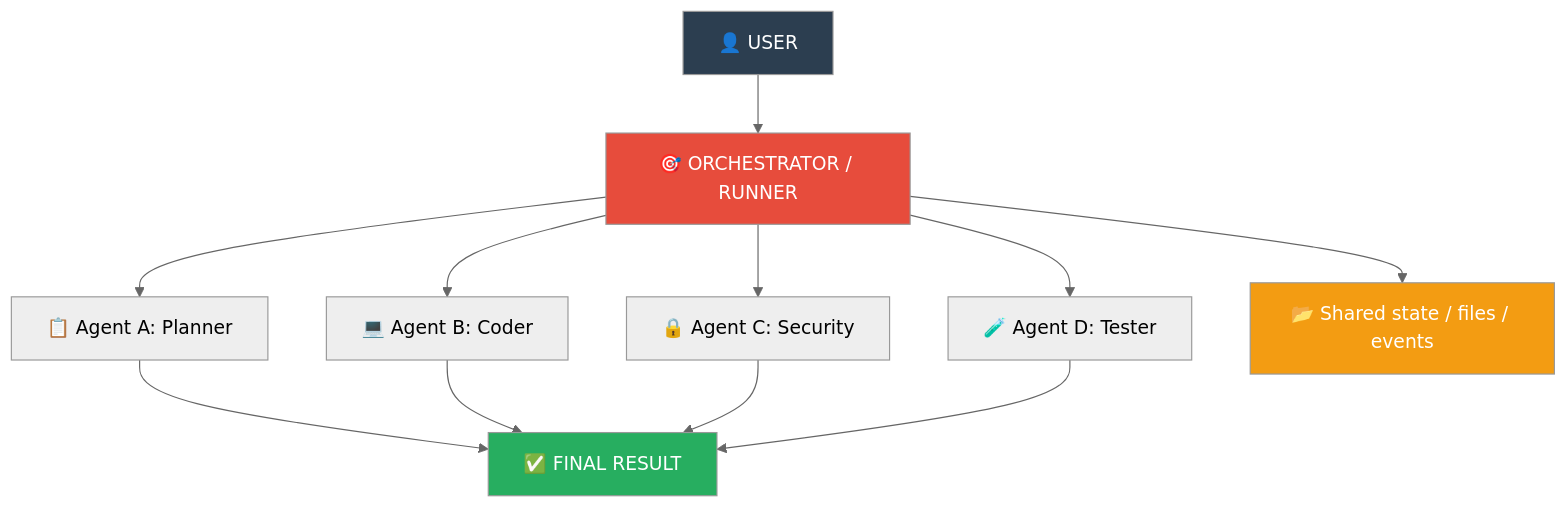
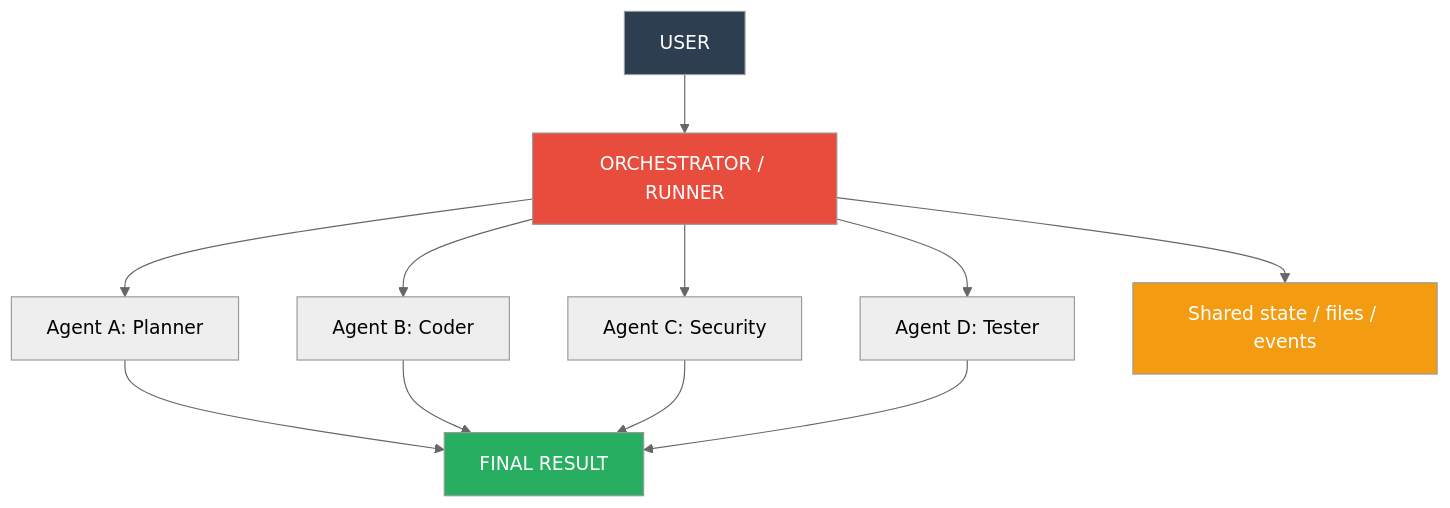
One commit to Sujalkathait/-AI-Agent-Security-Playbook. changed the first of 53 diagrams in AI Agent Communication.md. Above: the diagram before and after it, drawn with Mermaid (neutral theme). The commit also changed other lines of this file and 2 other files, not shown here.

````diff
--- a/AI Agent Communication.md
+++ b/AI Agent Communication.md
@@ -54,18 +54,18 @@
 ```mermaid
 graph TD
-    User["👤 USER"] --> Orchestrator["🎯 ORCHESTRATOR / RUNNER"]
-    Orchestrator --> A["📋 Agent A: Planner"]
-    Orchestrator --> B["💻 Agent B: Coder"]
-    Orchestrator --> C["🔒 Agent C: Security"]
-    Orchestrator --> D["🧪 Agent D: Tester"]
-    Orchestrator --> Shared["📂 Shared state / files / events"]
-    A --> Result["✅ FINAL RESULT"]
-    B --> Result
-    C --> Result
-    D --> Result
+  User[" USER"] --> Orchestrator[" ORCHESTRATOR / RUNNER"]
+  Orchestrator --> A[" Agent A: Planner"]
+  Orchestrator --> B[" Agent B: Coder"]
+  Orchestrator --> C[" Agent C: Security"]
+  Orchestrator --> D[" Agent D: Tester"]
+  Orchestrator --> Shared[" Shared state / files / events"]
+  A --> Result[" FINAL RESULT"]
+  B --> Result
+  C --> Result
+  D --> Result
 
-    style User fill:#2c3e50,color:white
-    style Orchestrator fill:#e74c3c,color:white
-    style Result fill:#27ae60,color:white
-    style Shared fill:#f39c12,color:white
+  style User fill:#2c3e50,color:white
+  style Orchestrator fill:#e74c3c,color:white
+  style Result fill:#27ae60,color:white
+  style Shared fill:#f39c12,color:white
 ```
````
